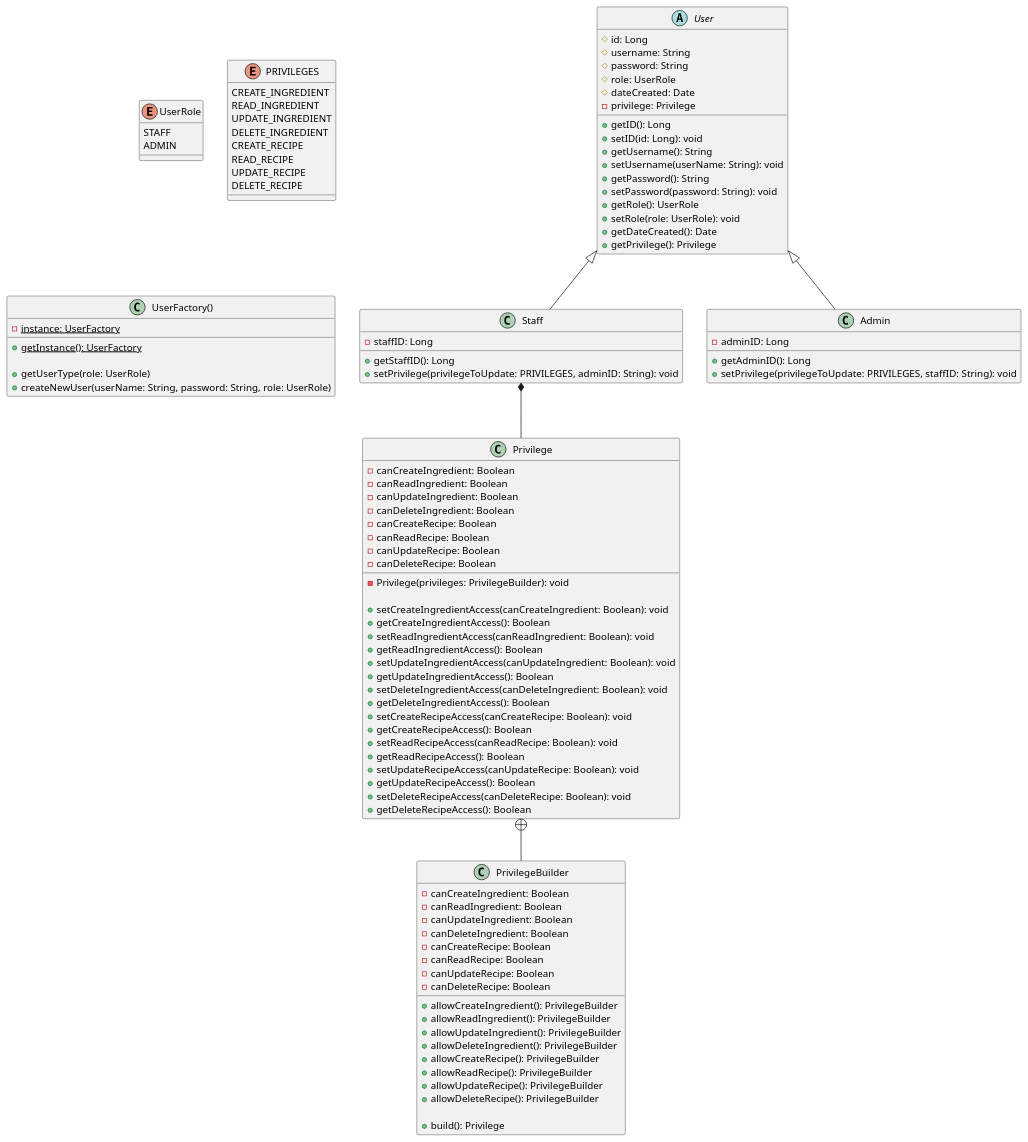
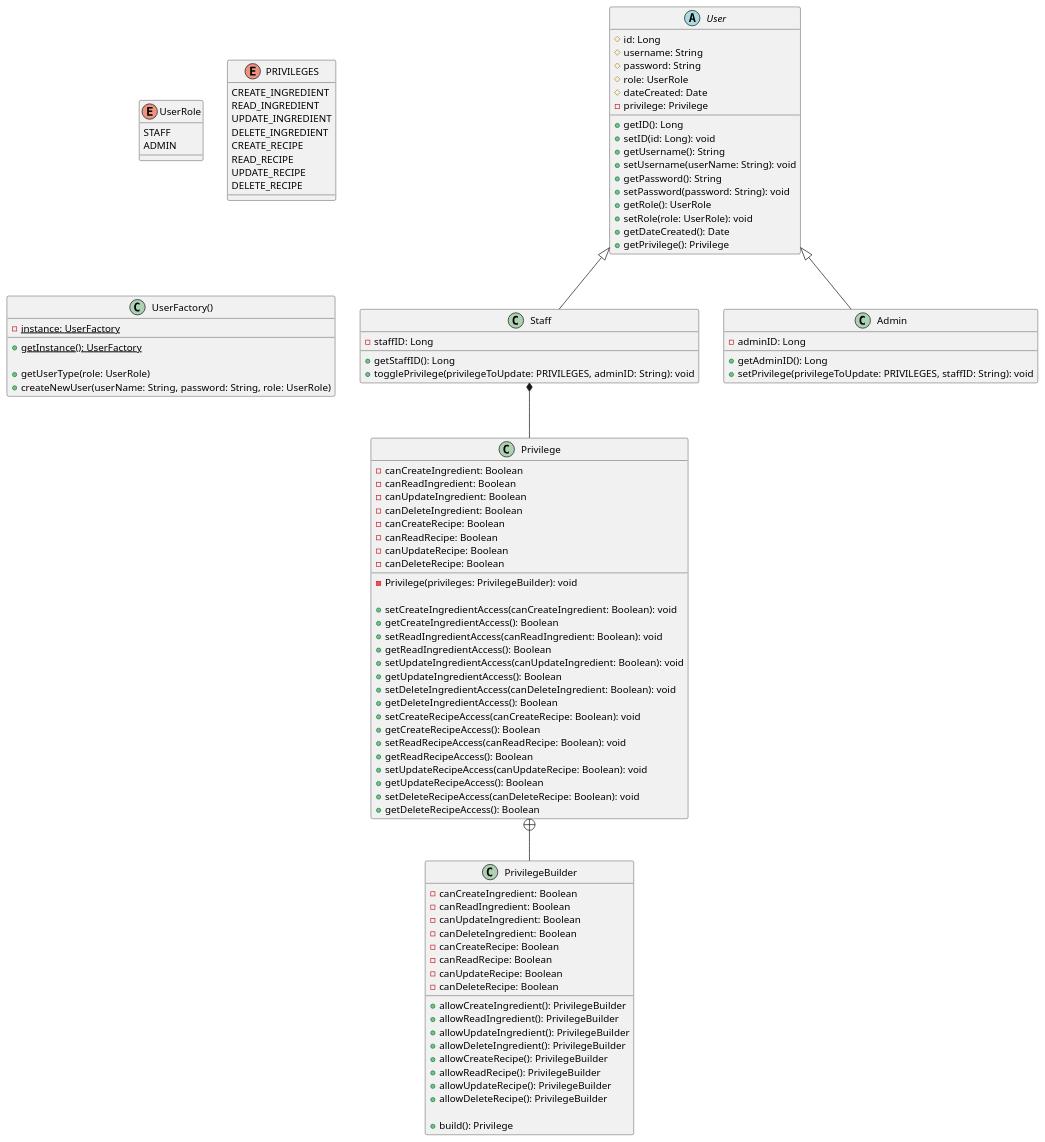
One commit to AlanCortez1337/cs5800-project changed the diagram in backend/src/documentation/classDiagrams/UserModels.puml. Above: the diagram before and after it, drawn with PlantUML.

Commit message:
minor function name change

```diff
--- a/backend/src/documentation/classDiagrams/UserModels.puml
+++ b/backend/src/documentation/classDiagrams/UserModels.puml
@@ -1,120 +1,120 @@
 @startuml
 'https://plantuml.com/class-diagram
 
 enum UserRole {
     STAFF
     ADMIN
 }
 
 enum PRIVILEGES {
     CREATE_INGREDIENT
     READ_INGREDIENT
     UPDATE_INGREDIENT
     DELETE_INGREDIENT
     CREATE_RECIPE
     READ_RECIPE
     UPDATE_RECIPE
     DELETE_RECIPE
 }
 
 abstract User {
     # id: Long
     # username: String
     # password: String
     # role: UserRole
     # dateCreated: Date
     - privilege: Privilege
 
     + getID(): Long
     + setID(id: Long): void
     + getUsername(): String
     + setUsername(userName: String): void
     + getPassword(): String
     + setPassword(password: String): void
     + getRole(): UserRole
     + setRole(role: UserRole): void
     + getDateCreated(): Date
     + getPrivilege(): Privilege
 }
 
 class Privilege {
     - canCreateIngredient: Boolean
     - canReadIngredient: Boolean
     - canUpdateIngredient: Boolean
     - canDeleteIngredient: Boolean
     - canCreateRecipe: Boolean
     - canReadRecipe: Boolean
     - canUpdateRecipe: Boolean
     - canDeleteRecipe: Boolean
 
     - Privilege(privileges: PrivilegeBuilder): void
 
     + setCreateIngredientAccess(canCreateIngredient: Boolean): void
     + getCreateIngredientAccess(): Boolean
     + setReadIngredientAccess(canReadIngredient: Boolean): void
     + getReadIngredientAccess(): Boolean
     + setUpdateIngredientAccess(canUpdateIngredient: Boolean): void
     + getUpdateIngredientAccess(): Boolean
     + setDeleteIngredientAccess(canDeleteIngredient: Boolean): void
     + getDeleteIngredientAccess(): Boolean
     + setCreateRecipeAccess(canCreateRecipe: Boolean): void
     + getCreateRecipeAccess(): Boolean
     + setReadRecipeAccess(canReadRecipe: Boolean): void
     + getReadRecipeAccess(): Boolean
     + setUpdateRecipeAccess(canUpdateRecipe: Boolean): void
     + getUpdateRecipeAccess(): Boolean
     + setDeleteRecipeAccess(canDeleteRecipe: Boolean): void
     + getDeleteRecipeAccess(): Boolean
 }
 
 class PrivilegeBuilder {
     - canCreateIngredient: Boolean
     - canReadIngredient: Boolean
     - canUpdateIngredient: Boolean
     - canDeleteIngredient: Boolean
     - canCreateRecipe: Boolean
     - canReadRecipe: Boolean
     - canUpdateRecipe: Boolean
     - canDeleteRecipe: Boolean
 
     + allowCreateIngredient(): PrivilegeBuilder
     + allowReadIngredient(): PrivilegeBuilder
     + allowUpdateIngredient(): PrivilegeBuilder
     + allowDeleteIngredient(): PrivilegeBuilder
     + allowCreateRecipe(): PrivilegeBuilder
     + allowReadRecipe(): PrivilegeBuilder
     + allowUpdateRecipe(): PrivilegeBuilder
     + allowDeleteRecipe(): PrivilegeBuilder
 
     + build(): Privilege
 }
 
 Privilege +-- PrivilegeBuilder
 
 class Staff {
     - staffID: Long
 
     + getStaffID(): Long
-    + setPrivilege(privilegeToUpdate: PRIVILEGES, adminID: String): void
+    + togglePrivilege(privilegeToUpdate: PRIVILEGES, adminID: String): void
 }
 
 class Admin {
     - adminID: Long
 
     + getAdminID(): Long
     + setPrivilege(privilegeToUpdate: PRIVILEGES, staffID: String): void
 }
 
 class UserFactory() {
     - {static} instance: UserFactory
     + {static} getInstance(): UserFactory
 
     + getUserType(role: UserRole)
     + createNewUser(userName: String, password: String, role: UserRole)
 }
 
 Staff *-- Privilege
 User <|-- Staff
 User <|-- Admin
 
 @enduml
```
